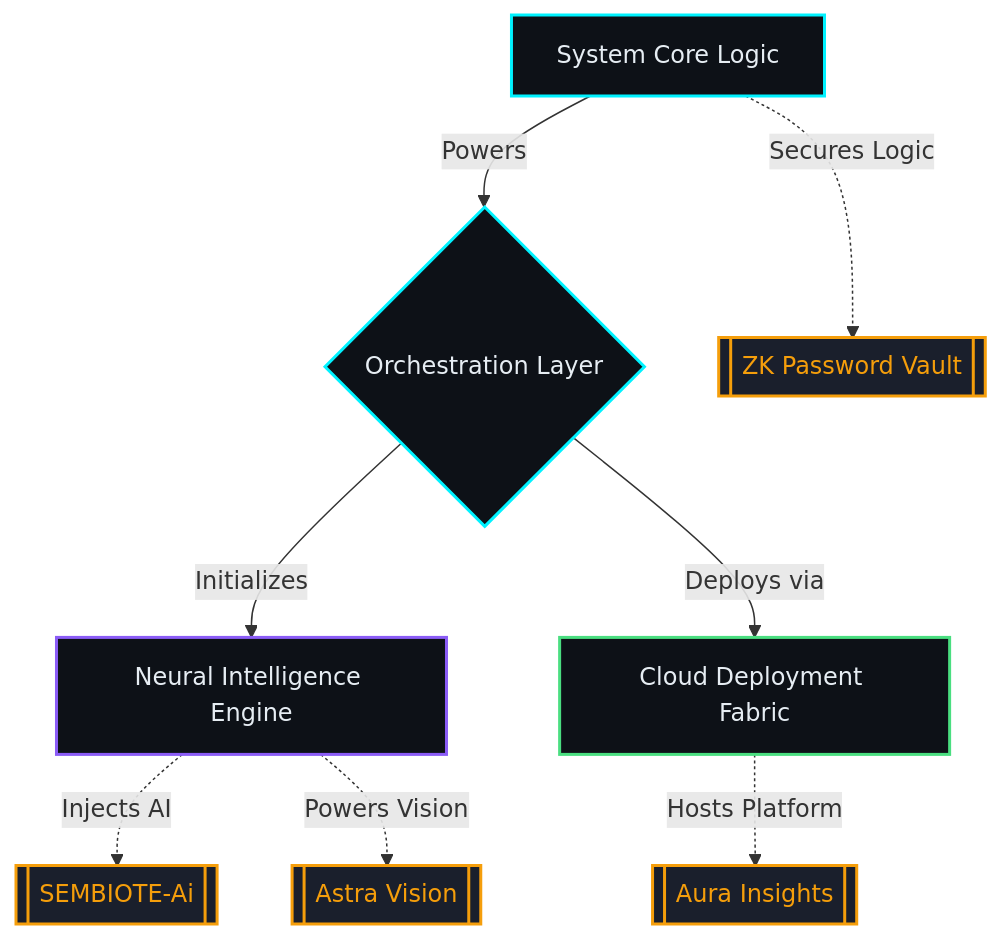
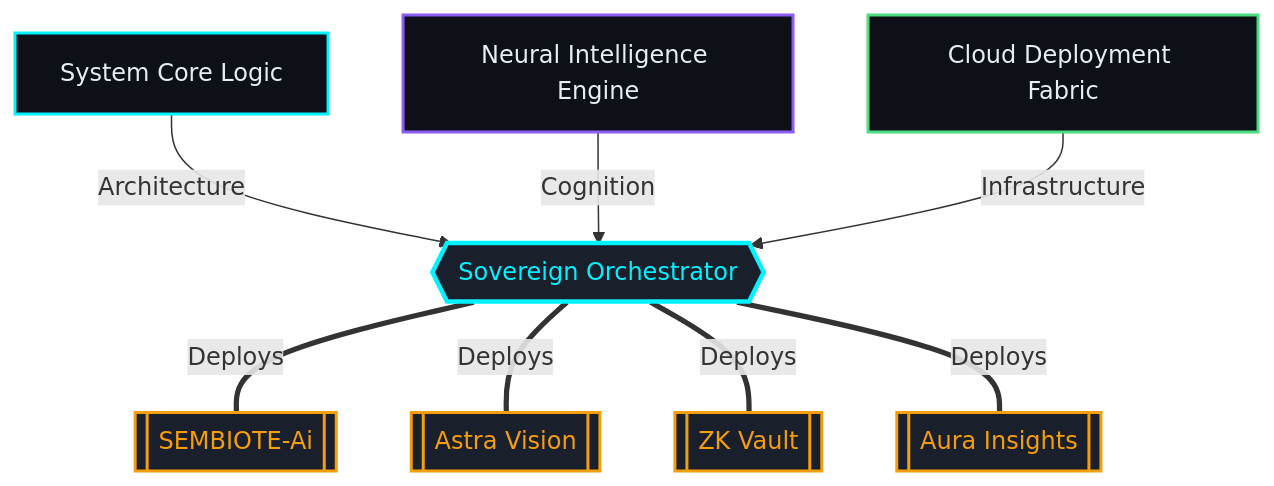
One commit to Hey-Astreon/Hey-Astreon changed the diagram in README.md. Above: the diagram before and after it, drawn with Mermaid.

Commit message:
style(design): redesign Mermaid diagram to a symmetrical top-down Orchestrator Funnel

````diff
--- a/README.md
+++ b/README.md
@@ -149,30 +149,34 @@
 ```mermaid
 graph TD
     %% Custom Sovereign Styling
     classDef core fill:#0D1117,stroke:#00F2FF,stroke-width:2px,color:#E6EDF3;
     classDef ai fill:#0D1117,stroke:#8B5CF6,stroke-width:2px,color:#E6EDF3;
     classDef infra fill:#0D1117,stroke:#4ADE80,stroke-width:2px,color:#E6EDF3;
+    classDef orchestrator fill:#1A1F2C,stroke:#00F2FF,stroke-width:3px,color:#00F2FF;
     classDef project fill:#1A1F2C,stroke:#F59E0B,stroke-width:2px,color:#F59E0B;
 
-    %% Architecture Nodes
-    A[System Core Logic]:::core
-    B{Orchestration Layer}:::core
-    C[Neural Intelligence Engine]:::ai
-    D[Cloud Deployment Fabric]:::infra
+    %% Level 1: Core Pillars
+    L1[System Core Logic]:::core
+    AI[Neural Intelligence Engine]:::ai
+    L2[Cloud Deployment Fabric]:::infra
     
-    %% Active Operations
+    %% Level 2: The Brain
+    HUB{{Sovereign Orchestrator}}:::orchestrator
+
+    %% Level 3: Active Operations
     P1[[SEMBIOTE-Ai]]:::project
     P2[[Astra Vision]]:::project
-    P3[[ZK Password Vault]]:::project
+    P3[[ZK Vault]]:::project
     P4[[Aura Insights]]:::project
 
-    %% Data Flow
-    A -->|Powers| B
-    B -->|Initializes| C
-    B -->|Deploys via| D
+    %% Data Flow (Inputs)
+    L1 -->|Architecture| HUB
+    AI -->|Cognition| HUB
+    L2 -->|Infrastructure| HUB
     
-    C -.->|Injects AI| P1
-    C -.->|Powers Vision| P2
-    A -.->|Secures Logic| P3
-    D -.->|Hosts Platform| P4
+    %% Data Flow (Outputs)
+    HUB ===|Deploys| P1
+    HUB ===|Deploys| P2
+    HUB ===|Deploys| P3
+    HUB ===|Deploys| P4
 ```
````
